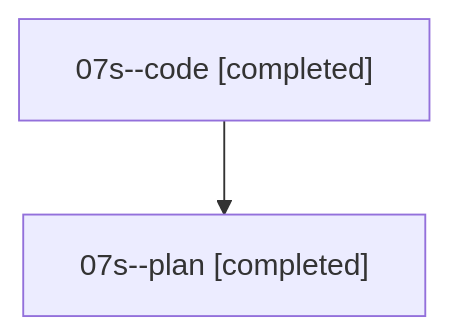
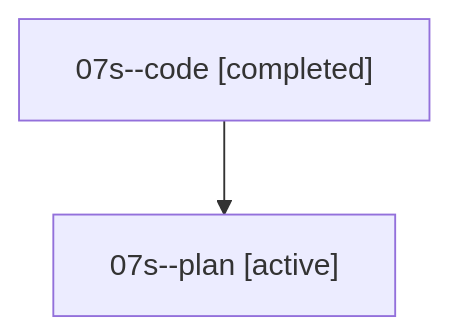
The diagram in families/bbugyi200.athena.07s.md (sase-org/sase--agents), drawn with Mermaid before and after one commit. The commit also changed other lines of this file and 35830 other files, not shown here.

````diff
--- a/families/bbugyi200.athena.07s.md
+++ b/families/bbugyi200.athena.07s.md
@@ -9,6 +9,6 @@
 ```mermaid
 flowchart TD
   n0["07s--code [completed]"]
-  n1["07s--plan [completed]"]
+  n1["07s--plan [active]"]
   n0 --> n1
 ```
````
